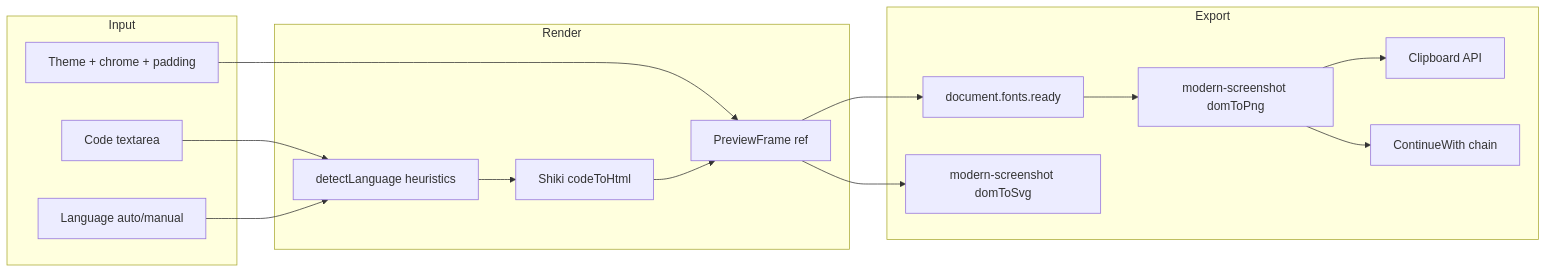
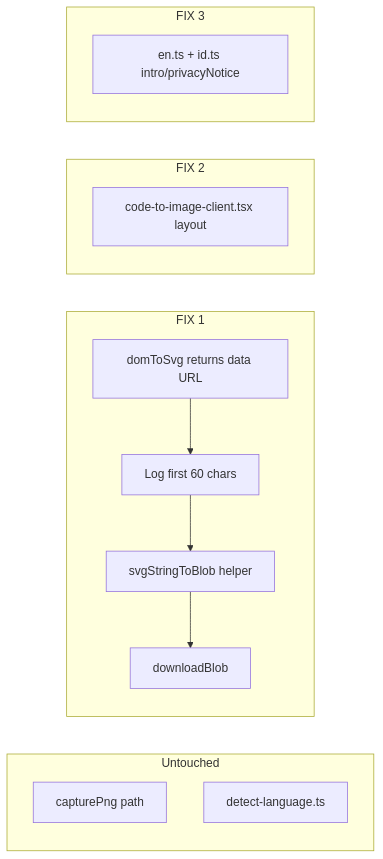
Before and after one commit to getalatify/AlatifyWeb: the diagram in audit-plan.md, drawn with Mermaid. The commit also changed other lines of this file and 4 other files, not shown here.

````diff
--- a/audit-plan.md
+++ b/audit-plan.md
@@ -173,32 +144,24 @@
 ```mermaid
 flowchart LR
-  subgraph input [Input]
-    Textarea[Code textarea]
-    LangSelect[Language auto/manual]
-    StyleControls[Theme + chrome + padding]
+  subgraph untouched [Untouched]
+    capturePng[capturePng path]
+    detectLang[detect-language.ts]
   end
 
-  subgraph render [Render]
-    Detect[detectLanguage heuristics]
-    Shiki[Shiki codeToHtml]
-    Frame[PreviewFrame ref]
+  subgraph fix1 [FIX 1]
+    domToSvg[domToSvg returns data URL]
+    logPrefix[Log first 60 chars]
+    svgToBlob[svgStringToBlob helper]
+    downloadBlob[downloadBlob]
   end
 
-  subgraph export [Export]
-    Fonts[document.fonts.ready]
-    DomToPng[modern-screenshot domToPng]
-    DomToSvg[modern-screenshot domToSvg]
-    Clipboard[Clipboard API]
-    ContinueWith[ContinueWith chain]
+  subgraph fix2 [FIX 2]
+    clientUI[code-to-image-client.tsx layout]
   end
 
-  Textarea --> Detect
-  LangSelect --> Detect
-  Detect --> Shiki
-  StyleControls --> Frame
-  Shiki --> Frame
-  Frame --> Fonts --> DomToPng
-  Frame --> DomToSvg
-  DomToPng --> Clipboard
-  DomToPng --> ContinueWith
+  subgraph fix3 [FIX 3]
+    i18n[en.ts + id.ts intro/privacyNotice]
+  end
+
+  domToSvg --> logPrefix --> svgToBlob --> downloadBlob
 ```
````
